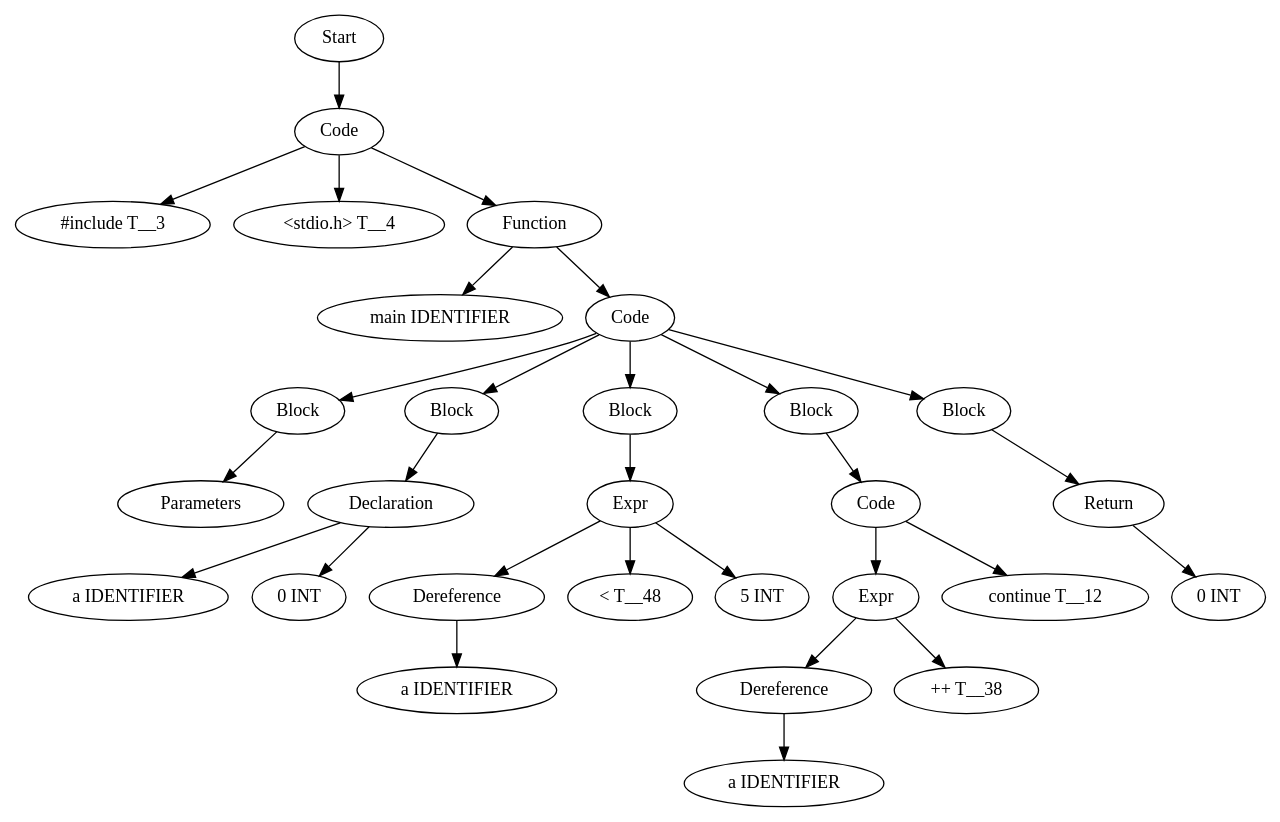
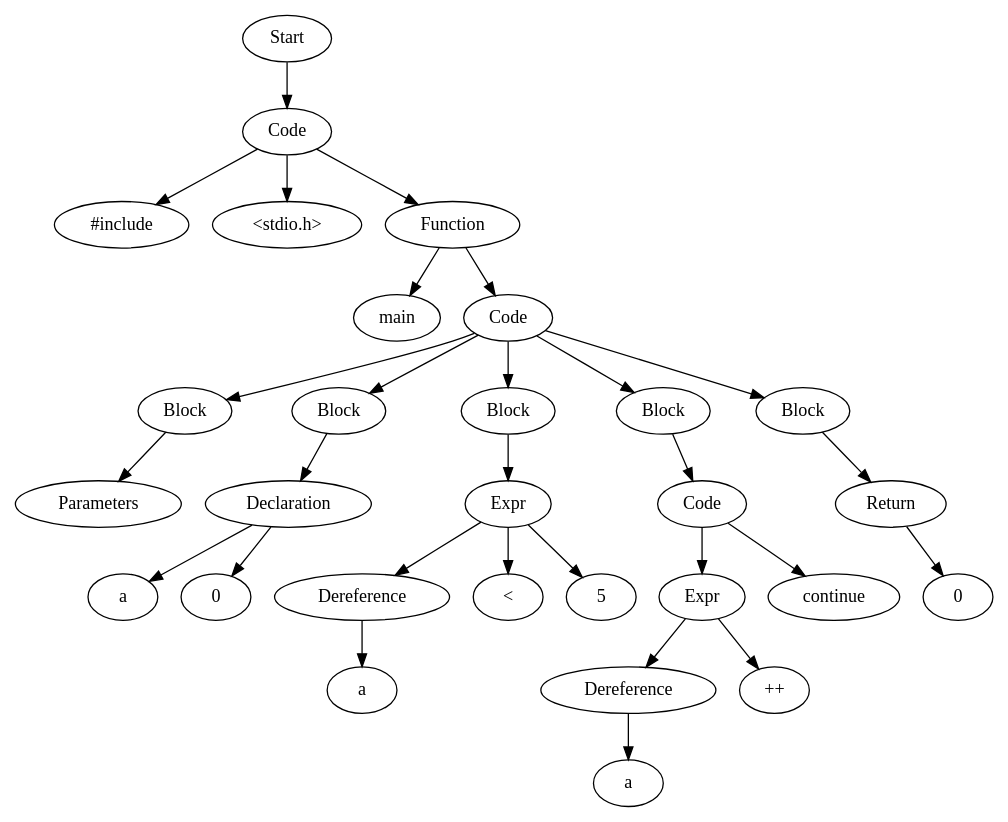
Before and after one commit to Are-you-listening/Compilers: the diagram in TestCases/ASTTests/DeadCodeRemoveTests/createTests/read_file_after.dot, drawn with Graphviz. The commit also changed 94 other files, not shown here.

```diff
--- a/TestCases/ASTTests/DeadCodeRemoveTests/createTests/read_file_after.dot
+++ b/TestCases/ASTTests/DeadCodeRemoveTests/createTests/read_file_after.dot
@@ -1,59 +1,59 @@
 digraph AST {
-  "137929618123328" [label="Start"];
-  "137929618123328" -> "137929618123376";
-  "137929618123376" [label="Code"];
-  "137929618123376" -> "137929618125488";
-  "137929618123376" -> "137929618113488";
-  "137929618123376" -> "137929618113536";
-  "137929618125488" [label="#include T__3"];
-  "137929618113488" [label="<stdio.h> T__4"];
-  "137929618113536" [label="Function"];
-  "137929618113536" -> "137929618127408";
-  "137929618113536" -> "137929618124864";
-  "137929618127408" [label="main IDENTIFIER"];
-  "137929618124864" [label="Code"];
-  "137929618124864" -> "137929618119008";
-  "137929618124864" -> "137929618196320";
-  "137929618124864" -> "137929618202416";
-  "137929618124864" -> "137929618203376";
-  "137929618124864" -> "137929618128512";
-  "137929618119008" [label="Block"];
-  "137929618119008" -> "137929618120976";
-  "137929618120976" [label="Parameters"];
-  "137929618196320" [label="Block"];
-  "137929618196320" -> "137929618196752";
-  "137929618196752" [label="Declaration"];
-  "137929618196752" -> "137929618194784";
-  "137929618196752" -> "137929618202272";
-  "137929618194784" [label="a IDENTIFIER"];
-  "137929618202272" [label="0 INT"];
-  "137929618202416" [label="Block"];
-  "137929618202416" -> "137929618202608";
-  "137929618202608" [label="Expr"];
-  "137929618202608" -> "137929618202800";
-  "137929618202608" -> "137929618203088";
-  "137929618202608" -> "137929618203232";
-  "137929618202800" [label="Dereference"];
-  "137929618202800" -> "137929618202992";
-  "137929618202992" [label="a IDENTIFIER"];
-  "137929618203088" [label="< T__48"];
-  "137929618203232" [label="5 INT"];
-  "137929618203376" [label="Block"];
-  "137929618203376" -> "137929618203568";
-  "137929618203568" [label="Code"];
-  "137929618203568" -> "137929618203760";
-  "137929618203568" -> "137929618127936";
-  "137929618203760" [label="Expr"];
-  "137929618203760" -> "137929618203952";
-  "137929618203760" -> "137929618204240";
-  "137929618203952" [label="Dereference"];
-  "137929618203952" -> "137929618204144";
-  "137929618204144" [label="a IDENTIFIER"];
-  "137929618204240" [label="++ T__38"];
-  "137929618127936" [label="continue T__12"];
-  "137929618128512" [label="Block"];
-  "137929618128512" -> "137929618117904";
-  "137929618117904" [label="Return"];
-  "137929618117904" -> "137929618117760";
-  "137929618117760" [label="0 INT"];
+  "124766282883440" [label="Start"];
+  "124766282883440" -> "124766282879744";
+  "124766282879744" [label="Code"];
+  "124766282879744" -> "124766282884688";
+  "124766282879744" -> "124766282888192";
+  "124766282879744" -> "124766282876576";
+  "124766282884688" [label="#include"];
+  "124766282888192" [label="<stdio.h>"];
+  "124766282876576" [label="Function"];
+  "124766282876576" -> "124766282886704";
+  "124766282876576" -> "124766282884160";
+  "124766282886704" [label="main"];
+  "124766282884160" [label="Code"];
+  "124766282884160" -> "124766282879360";
+  "124766282884160" -> "124766282886560";
+  "124766282884160" -> "124766282999088";
+  "124766282884160" -> "124766282990544";
+  "124766282884160" -> "124766282991216";
+  "124766282879360" [label="Block"];
+  "124766282879360" -> "124766282879216";
+  "124766282879216" [label="Parameters"];
+  "124766282886560" [label="Block"];
+  "124766282886560" -> "124766282999136";
+  "124766282999136" [label="Declaration"];
+  "124766282999136" -> "124766283000240";
+  "124766282999136" -> "124766282999184";
+  "124766283000240" [label="a"];
+  "124766282999184" [label="0"];
+  "124766282999088" [label="Block"];
+  "124766282999088" -> "124766282998752";
+  "124766282998752" [label="Expr"];
+  "124766282998752" -> "124766282996160";
+  "124766282998752" -> "124766282993376";
+  "124766282998752" -> "124766282993664";
+  "124766282996160" [label="Dereference"];
+  "124766282996160" -> "124766282996256";
+  "124766282996256" [label="a"];
+  "124766282993376" [label="<"];
+  "124766282993664" [label="5"];
+  "124766282990544" [label="Block"];
+  "124766282990544" -> "124766282994000";
+  "124766282994000" [label="Code"];
+  "124766282994000" -> "124766282992464";
+  "124766282994000" -> "124766282991696";
+  "124766282992464" [label="Expr"];
+  "124766282992464" -> "124766282996880";
+  "124766282992464" -> "124766282991744";
+  "124766282996880" [label="Dereference"];
+  "124766282996880" -> "124766282991792";
+  "124766282991792" [label="a"];
+  "124766282991744" [label="++"];
+  "124766282991696" [label="continue"];
+  "124766282991216" [label="Block"];
+  "124766282991216" -> "124766282991120";
+  "124766282991120" [label="Return"];
+  "124766282991120" -> "124766282995248";
+  "124766282995248" [label="0"];
 }
```
